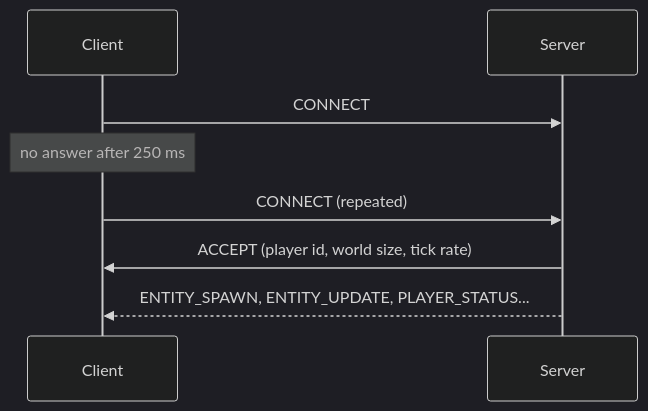
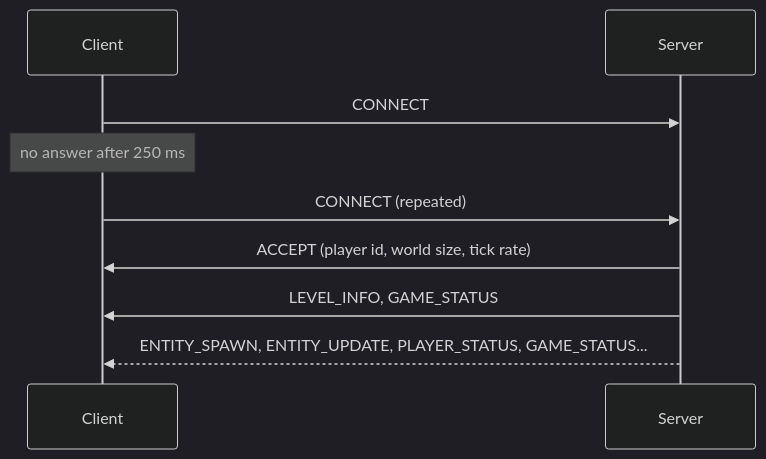
Before and after one commit to danbmg/rtype: the first of 4 diagrams in docs/protocol/rfc.md, drawn with Mermaid (dark theme). The commit also changed other lines of this file and 18 other files, not shown here.

````diff
--- a/docs/protocol/rfc.md
+++ b/docs/protocol/rfc.md
@@ -251,10 +319,11 @@
 ```mermaid
 sequenceDiagram
     participant C as Client
     participant S as Server
     C->>S: CONNECT
     Note over C: no answer after 250 ms
     C->>S: CONNECT (repeated)
     S->>C: ACCEPT (player id, world size, tick rate)
-    S-->>C: ENTITY_SPAWN, ENTITY_UPDATE, PLAYER_STATUS...
+    S->>C: LEVEL_INFO, GAME_STATUS
+    S-->>C: ENTITY_SPAWN, ENTITY_UPDATE, PLAYER_STATUS, GAME_STATUS...
 ```
````
